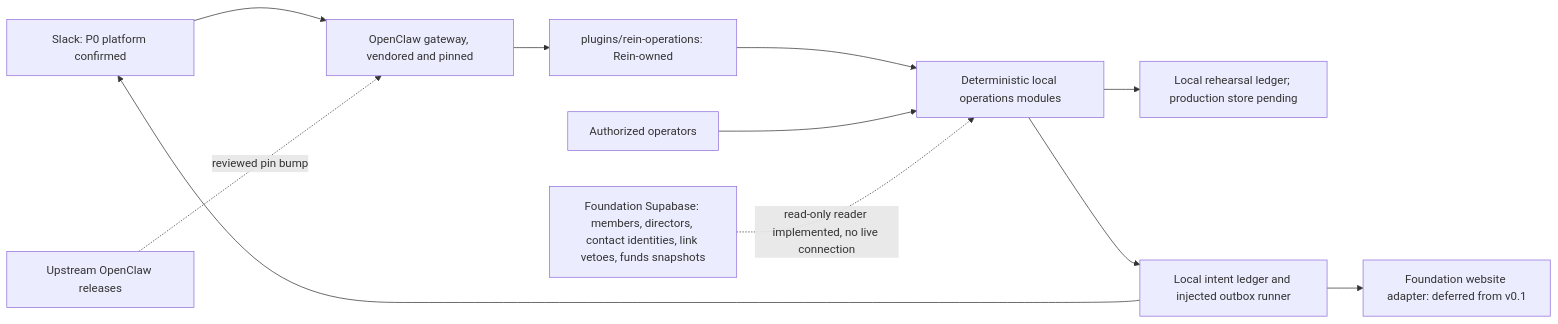
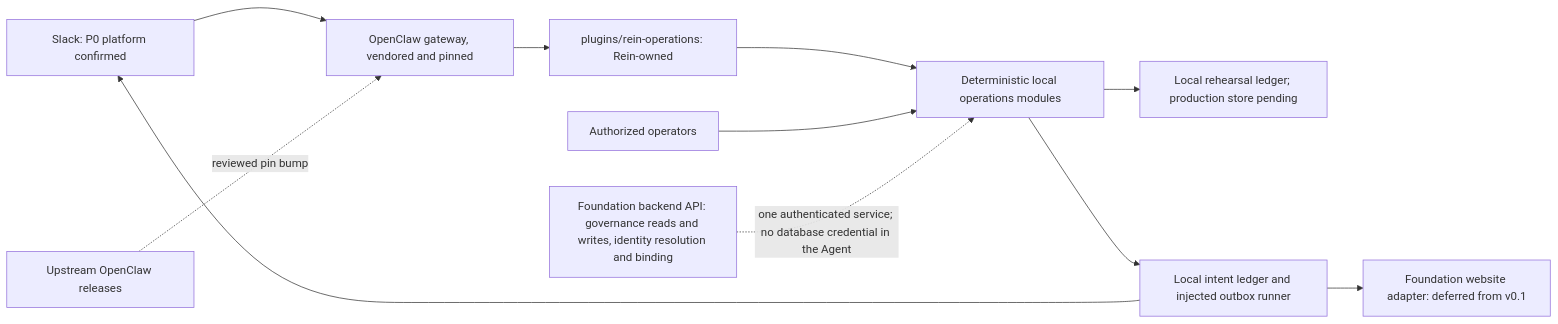
One commit to tempest2023/rein-agent changed the first of 2 diagrams in docs/architecture.md. Above: the diagram before and after it, drawn with Mermaid. The commit also changed other lines of this file and 42 other files, not shown here.

First line of the commit message:
Route cross-channel contact identity through authenticated backend

````diff
--- a/docs/architecture.md
+++ b/docs/architecture.md
@@ -29,13 +29,13 @@
 ```mermaid
 flowchart LR
   Chat[Slack: P0 platform confirmed] --> Gateway[OpenClaw gateway, vendored and pinned]
   Gateway --> Plugin[plugins/rein-operations: Rein-owned]
   Plugin --> Domain[Deterministic local operations modules]
   Domain --> Records[Local rehearsal ledger; production store pending]
   Domain --> Outbox[Local intent ledger and injected outbox runner]
   Outbox --> Chat
   Outbox --> Website[Foundation website adapter: deferred from v0.1]
   Admin[Authorized operators] --> Domain
   Upstream[Upstream OpenClaw releases] -. reviewed pin bump .-> Gateway
-  Data[Foundation Supabase: members, directors, contact identities, link vetoes, funds snapshots] -. read-only reader implemented, no live connection .-> Domain
+  Data[Foundation backend API: governance reads and writes, identity resolution and binding] -. one authenticated service; no database credential in the Agent .-> Domain
 ```
````
